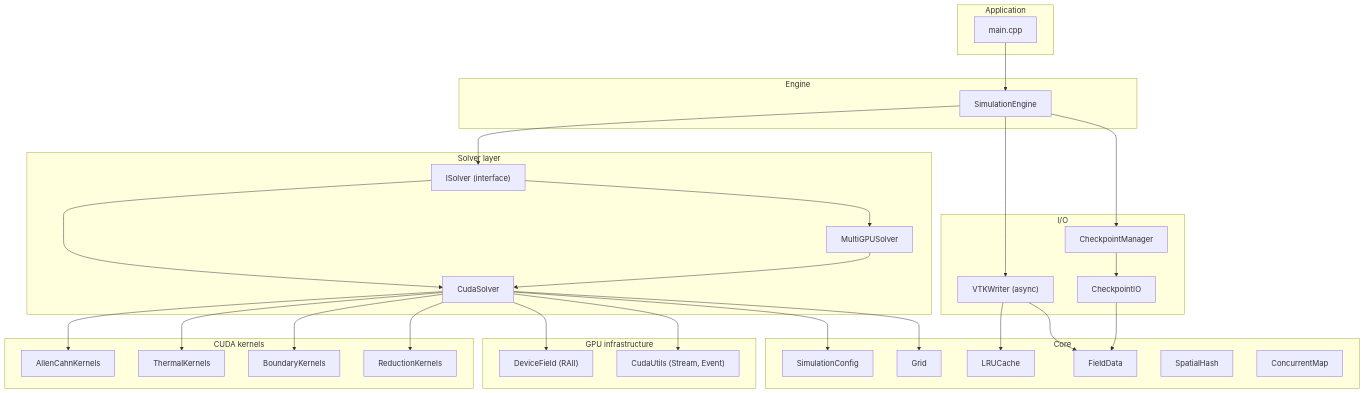
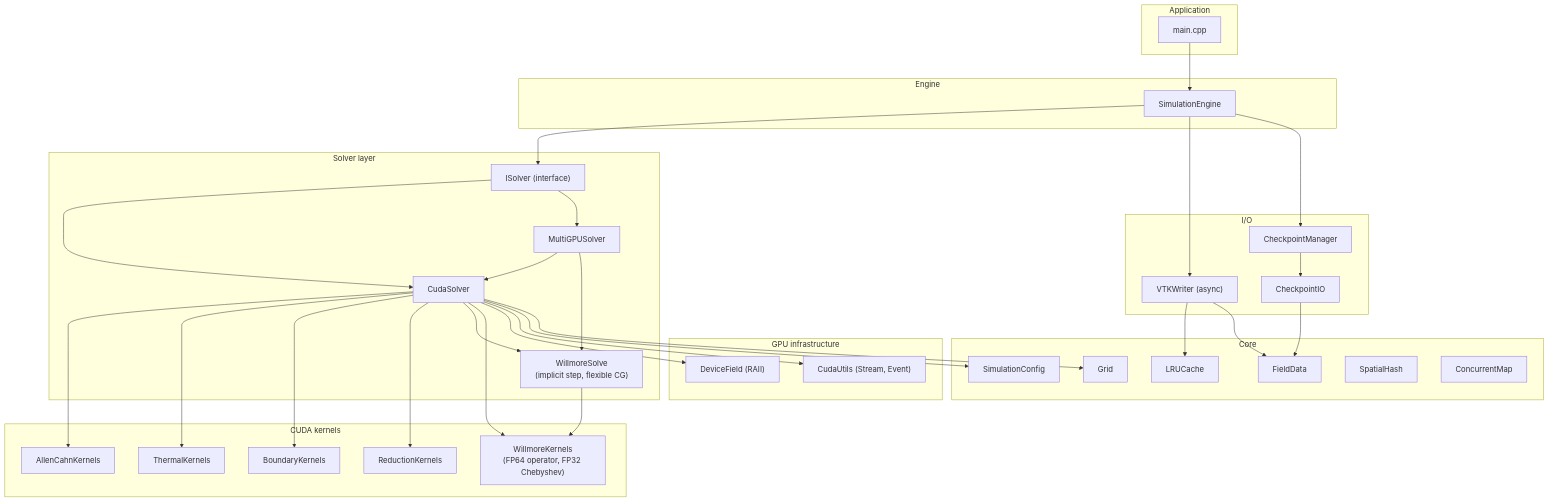
Before and after one commit to myousefi2016/Allen-Cahn-CUDA: the first of 9 diagrams in docs/ARCHITECTURE.md, drawn with Mermaid. The commit also changed other lines of this file and 36 other files, not shown here.

````diff
--- a/docs/ARCHITECTURE.md
+++ b/docs/ARCHITECTURE.md
@@ -19,57 +19,63 @@
 ```mermaid
 graph TB
     subgraph App["Application"]
         Main["main.cpp"]
     end
     subgraph Engine["Engine"]
         SE["SimulationEngine"]
     end
     subgraph Solver["Solver layer"]
         IS["ISolver (interface)"]
         CS["CudaSolver"]
         MG["MultiGPUSolver"]
+        WS["WillmoreSolve<br/>(implicit step, flexible CG)"]
     end
     subgraph Kernels["CUDA kernels"]
         ACK["AllenCahnKernels"]
         TK["ThermalKernels"]
         BK["BoundaryKernels"]
         RK["ReductionKernels"]
+        WK["WillmoreKernels<br/>(FP64 operator, FP32 Chebyshev)"]
     end
     subgraph Infra["GPU infrastructure"]
         DF["DeviceField (RAII)"]
         CU["CudaUtils (Stream, Event)"]
     end
     subgraph IO["I/O"]
         VW["VTKWriter (async)"]
         CIO["CheckpointIO"]
         CM["CheckpointManager"]
     end
     subgraph Core["Core"]
         SC["SimulationConfig"]
         GR["Grid"]
         FD["FieldData"]
         LRU["LRUCache"]
         SH["SpatialHash"]
         CMap["ConcurrentMap"]
     end
 
     Main --> SE
     SE --> IS
     IS --> CS
     IS --> MG
     MG --> CS
     CS --> ACK
     CS --> TK
     CS --> BK
     CS --> RK
+    CS --> WS
+    MG --> WS
+    WS --> WK
+    CS --> WK
     CS --> DF
     CS --> CU
     SE --> VW
     SE --> CM
     CM --> CIO
     VW --> LRU
     VW --> FD
     CIO --> FD
     CS --> SC
     CS --> GR
 ```
````
